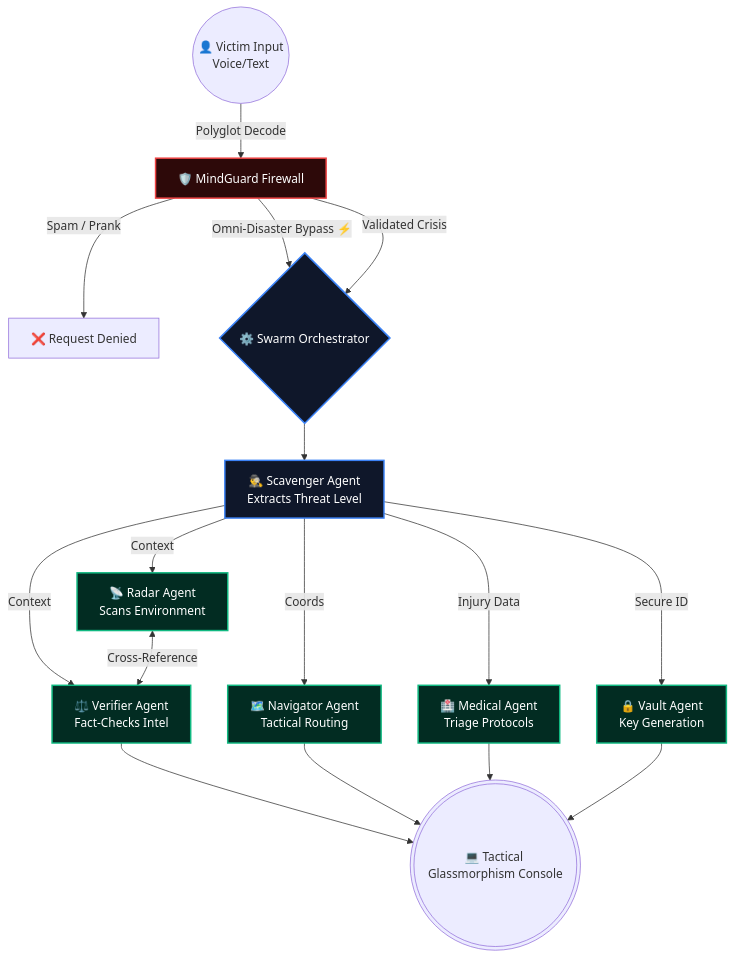
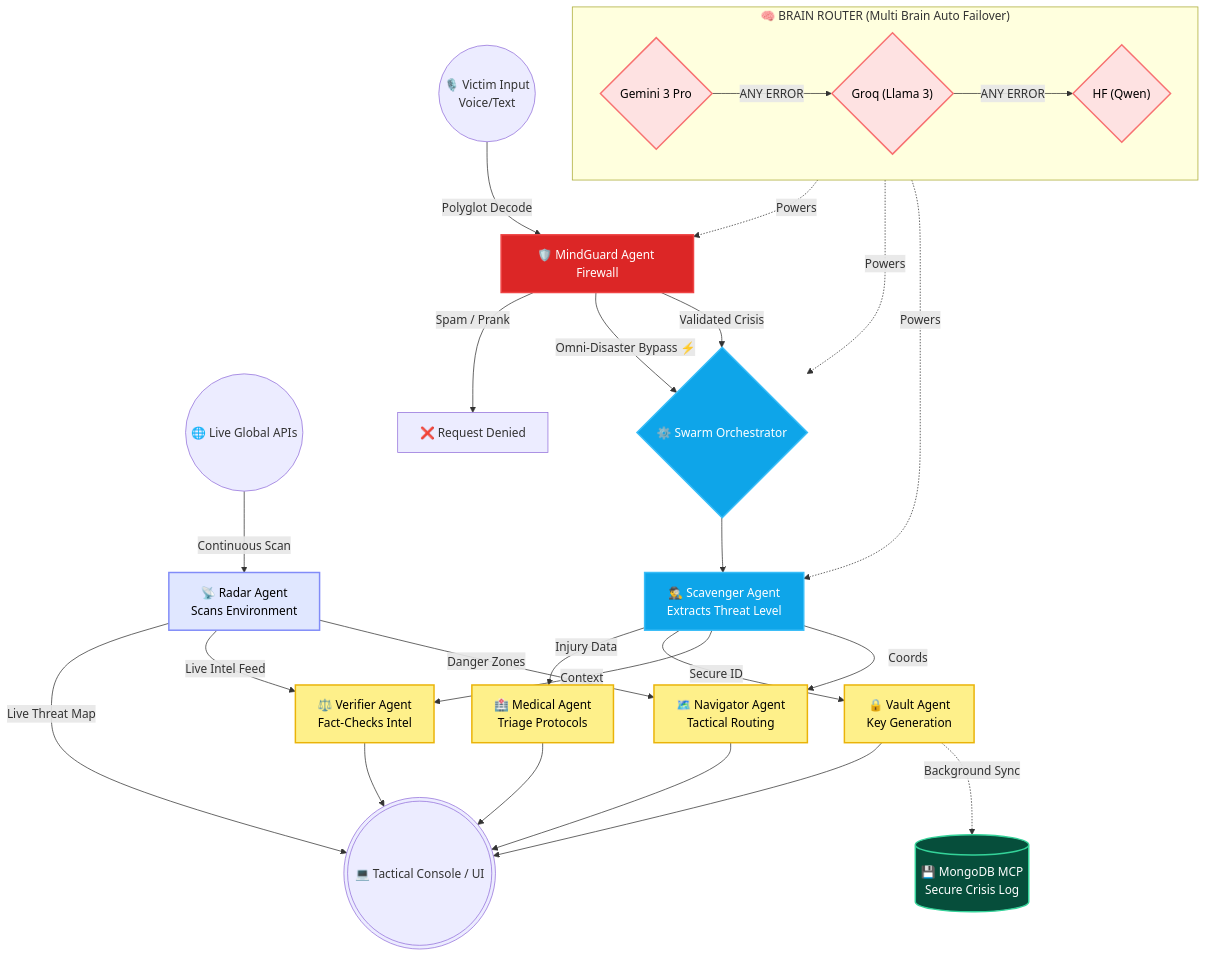
The diagram in README.md (ranajitdharpersonal/chayra-ai), drawn with Mermaid before and after one commit. The commit also changed other lines of this file and 5 other files, not shown here.

````diff
--- a/README.md
+++ b/README.md
@@ -79,39 +94,64 @@
 ```mermaid
 graph TD
-    %% Core Input
-    User((👤 Victim Input <br> Voice/Text)) -->|Polyglot Decode| MG[🛡️ MindGuard Firewall]
+    %% Global APIs & Autonomous Radar (Top Right)
+    LiveFeeds((🌐 Live Global APIs)) -->|Continuous Scan| Radar[📡 Radar Agent <br> Scans Environment]
+    Radar -->|Live Threat Map| UI(((💻 Tactical Console / UI)))
+
+    %% The Brain Router (Standalone Top Left)
+    subgraph "🧠 BRAIN ROUTER (Multi Brain Auto Failover)"
+        direction LR
+        G{"Gemini 3 Pro"} -->|ANY ERROR| L{"Groq (Llama 3)"}
+        L -->|ANY ERROR| Q{"HF (Qwen)"}
+    end
+
+    %% Core Input Flow (Top Center)
+    User((🎙️ Victim Input <br> Voice/Text)) -->|Polyglot Decode| MG[🛡️ MindGuard Agent Firewall]
+    
+    %% Brain Connections (Dotted lines to show cognitive powering)
+    G -.->|Powers| MG
+    G -.->|Powers| Swarm
+    G -.->|Powers| Scav
 
     %% Firewall Logic
     MG -->|Spam / Prank| Deny[❌ Request Denied]
     MG -->|Omni-Disaster Bypass ⚡| Swarm{⚙️ Swarm Orchestrator}
     MG -->|Validated Crisis| Swarm
 
-    %% Extraction
+    %% Extraction & Orchestration
     Swarm --> Scav[🕵️‍♂️ Scavenger Agent <br> Extracts Threat Level]
-    
-    %% Parallel Processing
-    Scav -->|Context| Radar[📡 Radar Agent <br> Scans Environment]
-    Scav -->|Context| Verifier[⚖️ Verifier Agent <br> Fact-Checks Intel]
-    
-    Radar <-->|Cross-Reference| Verifier
-    
-    Scav -->|Coords| Nav[🗺️ Navigator Agent <br> Tactical Routing]
+
+    %% Radar Intel Distribution
+    Radar -->|Live Intel Feed| Verifier[⚖️ Verifier Agent <br> Fact-Checks Intel]
+    Radar -->|Danger Zones| Nav[🗺️ Navigator Agent <br> Tactical Routing]
+
+    %% Scavenger Data Distribution
     Scav -->|Injury Data| Med[🏥 Medical Agent <br> Triage Protocols]
     Scav -->|Secure ID| Vault[🔒 Vault Agent <br> Key Generation]
+    Scav -->|Context| Verifier
+    Scav -->|Coords| Nav
 
-    %% Final Output
+    %% Final Output to UI (Bottom)
+    Med --> UI
+    Vault --> UI
     Verifier --> UI
     Nav --> UI
-    Med --> UI
-    Vault --> UI
-    
-    UI(((💻 Tactical Glassmorphism Console)))
-    
-    classDef firewall fill:#2d0909,stroke:#ef4444,stroke-width:2px,color:#fff;
-    classDef core fill:#0f172a,stroke:#3b82f6,stroke-width:2px,color:#fff;
-    classDef agent fill:#022c22,stroke:#10b981,stroke-width:2px,color:#fff;
+
+    %% --- 🛑 NEW MONGODB INTEGRATION (Partner MCP) ---
+    MongoDB[(💾 MongoDB MCP <br> Secure Crisis Log)]
+    Vault -.->|Background Sync| MongoDB
+
+    %% Styling to match your colors
+    classDef firewall fill:#dc2626,stroke:#ef4444,stroke-width:2px,color:#fff;
+    classDef core fill:#0ea5e9,stroke:#38bdf8,stroke-width:2px,color:#fff;
+    classDef agent fill:#fef08a,stroke:#eab308,stroke-width:2px,color:#000;
+    classDef brain fill:#fee2e2,stroke:#f87171,stroke-width:2px,color:#000;
+    classDef radar fill:#e0e7ff,stroke:#818cf8,stroke-width:2px,color:#000;
     
     class MG firewall;
     class Swarm,Scav core;
-    class Radar,Verifier,Nav,Med,Vault agent;
+    class Verifier,Nav,Med,Vault agent;
+    class Radar radar;
+    class G,L,Q brain;
+    classDef db fill:#064e3b,stroke:#34d399,stroke-width:2px,color:#fff;
+    class MongoDB db;
 ```
````
